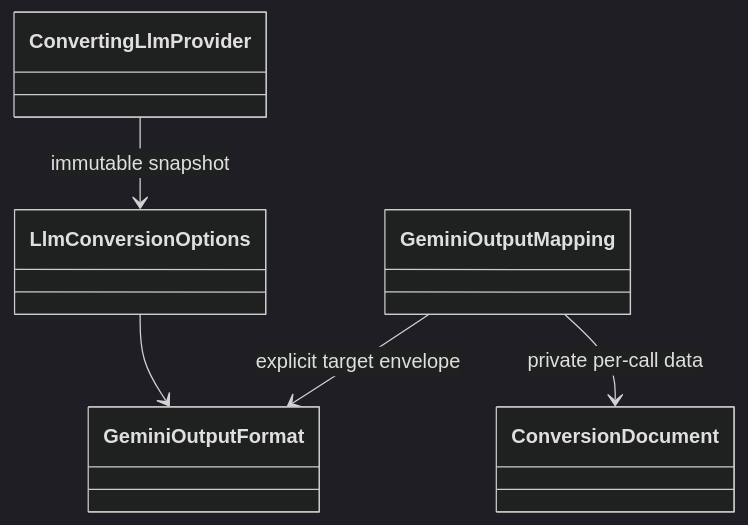
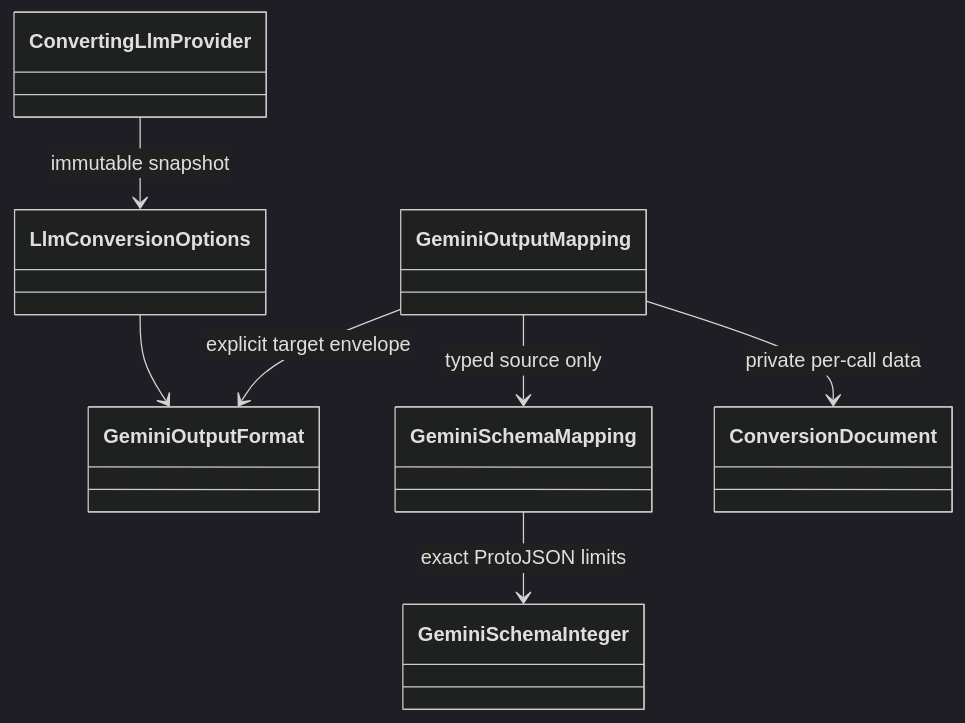
One commit to BenLampson/Asgard.Loki changed the sixth of 8 diagrams in docs/architecture.md. Above: the diagram before and after it, drawn with Mermaid (dark theme). The commit also changed other lines of this file and 17 other files, not shown here.

Commit message:
feat(conversion): translate Gemini typed response schemas

````diff
--- a/docs/architecture.md
+++ b/docs/architecture.md
@@ -208,7 +208,9 @@
 ```mermaid
 classDiagram
 LlmConversionOptions --> GeminiOutputFormat
 ConvertingLlmProvider --> LlmConversionOptions : immutable snapshot
 GeminiOutputMapping --> GeminiOutputFormat : explicit target envelope
+GeminiOutputMapping --> GeminiSchemaMapping : typed source only
+GeminiSchemaMapping --> GeminiSchemaInteger : exact ProtoJSON limits
 GeminiOutputMapping --> ConversionDocument : private per-call data
 ```
````
